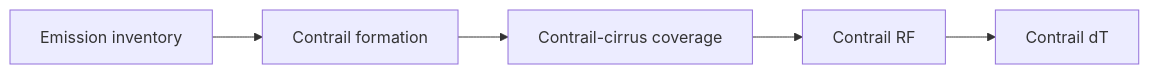
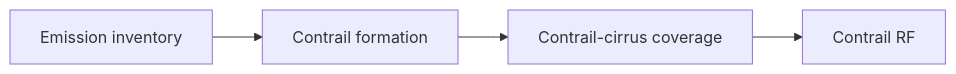
Before and after one commit to dlr-pa/oac: the diagram in docs/source/background/contrails.rst, drawn with Mermaid. The commit also changed other lines of this file and 5 other files, not shown here.

```diff
--- a/docs/source/background/contrails.rst
+++ b/docs/source/background/contrails.rst
@@ -26,8 +18,7 @@
 .. mermaid::
 
     flowchart LR
         inv["Emission inventory"]
         inv --> form["Contrail formation"]
         form --> cccov["Contrail-cirrus coverage"]
         cccov --> RF["Contrail RF"]
-        RF --> dT["Contrail dT"]
```
